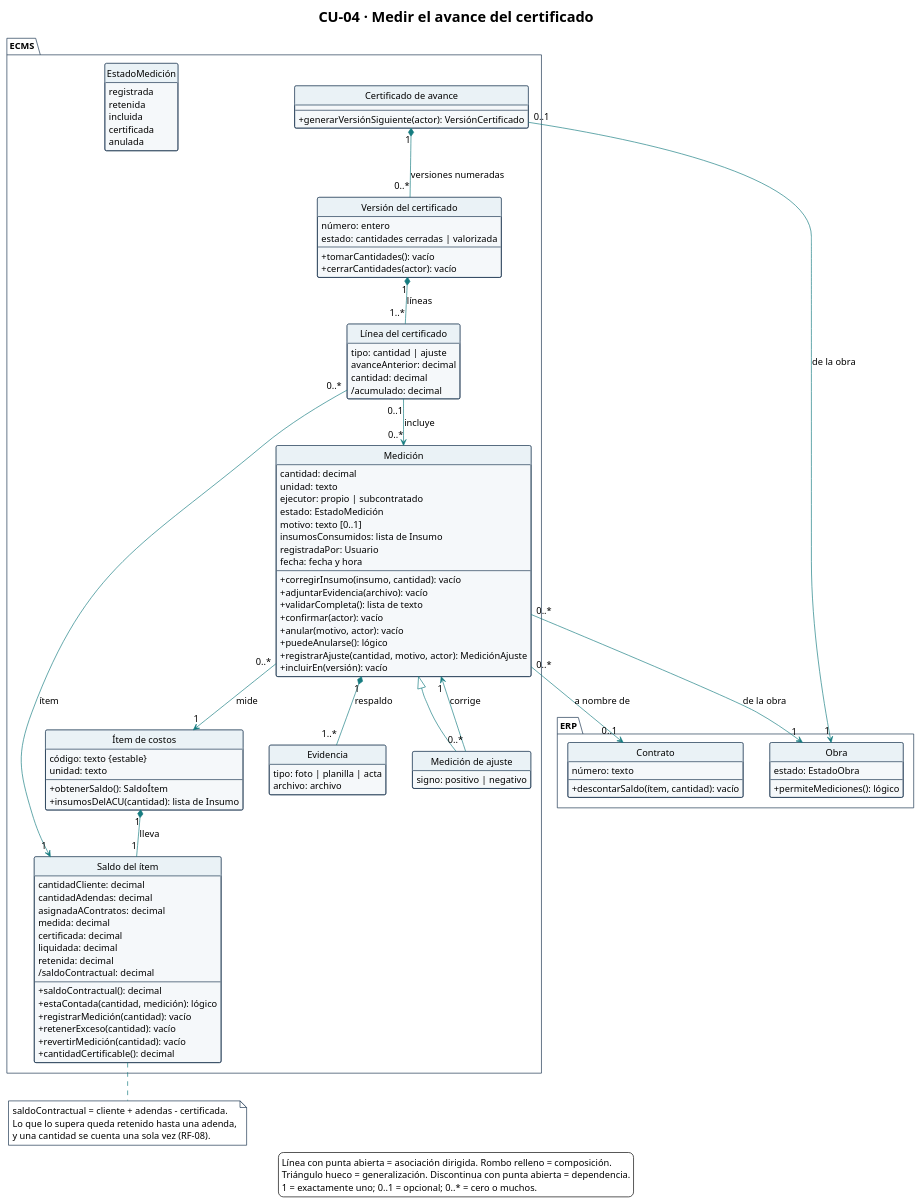
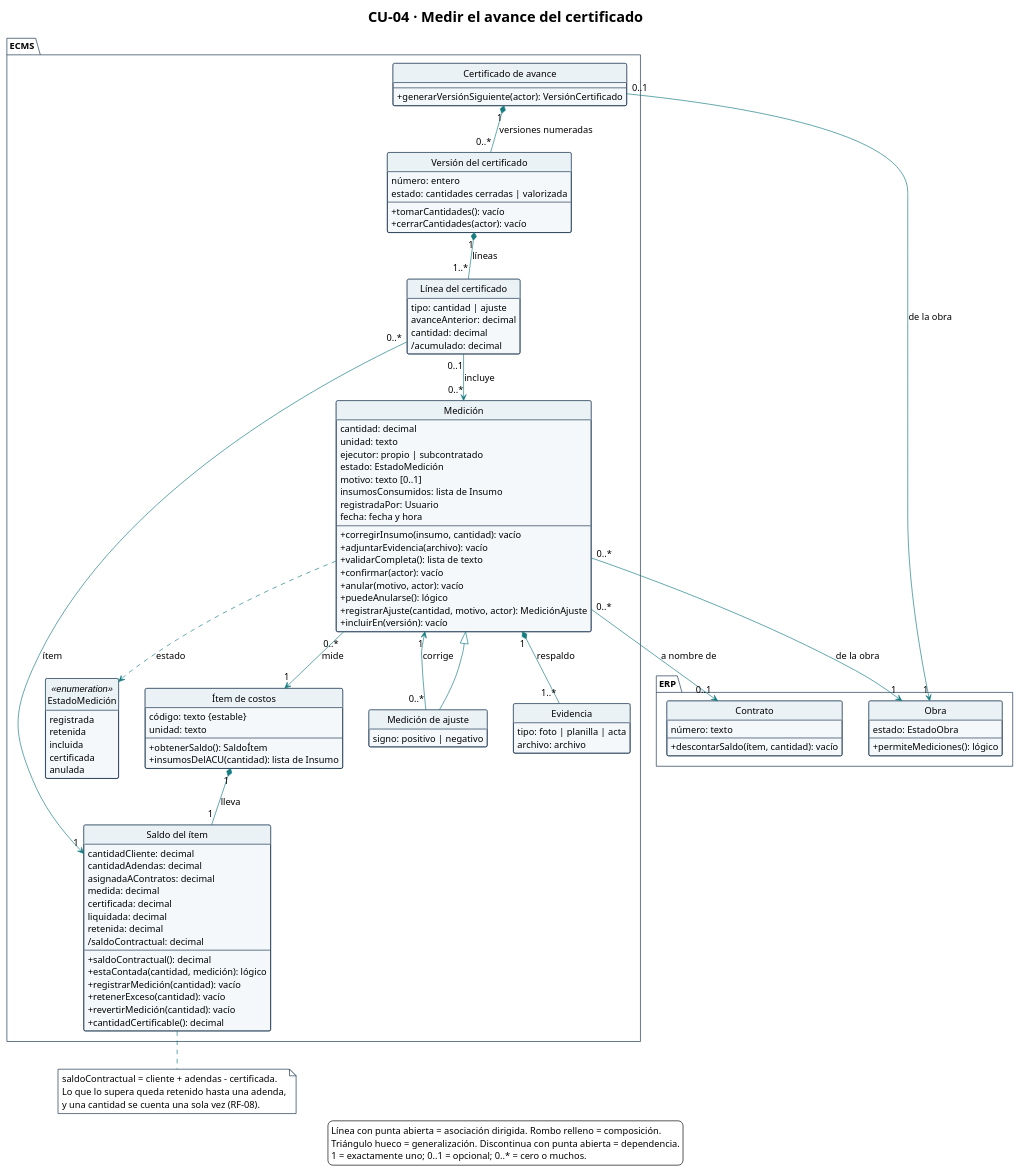
Before and after one commit to Ssrrb/tpf-uca: the diagram in diagramas/CU-04-clases.puml, drawn with PlantUML. The commit also changed 5 other files, not shown here.

```diff
--- a/diagramas/CU-04-clases.puml
+++ b/diagramas/CU-04-clases.puml
@@ -1,152 +1,153 @@
 @startuml
 !theme plain
 skinparam style strictuml
 title CU-04 · Medir el avance del certificado
 hide circle
 hide empty methods
 hide empty fields
 skinparam shadowing false
 skinparam classAttributeIconSize 0
 skinparam defaultFontName Arial
 skinparam defaultFontSize 14
 skinparam nodesep 40
 skinparam ranksep 50
 skinparam ArrowColor #167C80
 skinparam class {
   BackgroundColor #F5F8FA
   BorderColor #17324D
   HeaderBackgroundColor #EAF2F6
 }
 skinparam package {
   BackgroundColor #FFFFFF
   BorderColor #17324D
 }
 skinparam note {
   BackgroundColor #FFFFFF
   BorderColor #17324D
 }
 package "ECMS" {
   class "Ítem de costos" as ItemCostos {
     código: texto {estable}
     unidad: texto
     --
     + obtenerSaldo(): SaldoÍtem
     + insumosDelACU(cantidad): lista de Insumo
   }
 
   class "Saldo del ítem" as SaldoItem {
     cantidadCliente: decimal
     cantidadAdendas: decimal
     asignadaAContratos: decimal
     medida: decimal
     certificada: decimal
     liquidada: decimal
     retenida: decimal
     /saldoContractual: decimal
     --
     + saldoContractual(): decimal
     + estaContada(cantidad, medición): lógico
     + registrarMedición(cantidad): vacío
     + retenerExceso(cantidad): vacío
     + revertirMedición(cantidad): vacío
     + cantidadCertificable(): decimal
   }
 
   class "Medición" as Medicion {
     cantidad: decimal
     unidad: texto
     ejecutor: propio | subcontratado
     estado: EstadoMedición
     motivo: texto [0..1]
     insumosConsumidos: lista de Insumo
     registradaPor: Usuario
     fecha: fecha y hora
     --
     + corregirInsumo(insumo, cantidad): vacío
     + adjuntarEvidencia(archivo): vacío
     + validarCompleta(): lista de texto
     + confirmar(actor): vacío
     + anular(motivo, actor): vacío
     + puedeAnularse(): lógico
     + registrarAjuste(cantidad, motivo, actor): MediciónAjuste
     + incluirEn(versión): vacío
   }
 
   class "Medición de ajuste" as MedicionAjuste {
     signo: positivo | negativo
   }
 
   class Evidencia {
     tipo: foto | planilla | acta
     archivo: archivo
   }
 
   class "Certificado de avance" as Certificado {
     --
     + generarVersiónSiguiente(actor): VersiónCertificado
   }
 
   class "Versión del certificado" as VersionCertificado {
     número: entero
     estado: cantidades cerradas | valorizada
     --
     + tomarCantidades(): vacío
     + cerrarCantidades(actor): vacío
   }
 
   class "Línea del certificado" as LineaCertificado {
     tipo: cantidad | ajuste
     avanceAnterior: decimal
     cantidad: decimal
     /acumulado: decimal
   }
 
-  enum EstadoMedición {
+  enum EstadoMedición <<enumeration>> {
     registrada
     retenida
     incluida
     certificada
     anulada
   }
 }
 
 package "ERP" {
   class Obra {
     estado: EstadoObra
     --
     + permiteMediciones(): lógico
   }
 
   class Contrato {
     número: texto
     --
     + descontarSaldo(ítem, cantidad): vacío
   }
 
 }
 
 ItemCostos "1" *-- "1" SaldoItem : lleva
 Medicion "0..*" --> "1" ItemCostos : mide
 Medicion "0..*" --> "1" Obra : de la obra
 Medicion "0..*" --> "0..1" Contrato : a nombre de
 Medicion "1" *-- "1..*" Evidencia : respaldo
 Medicion <|-- MedicionAjuste
 MedicionAjuste "0..*" --> "1" Medicion : corrige
 Certificado "0..1" --> "1" Obra : de la obra
 Certificado "1" *-- "0..*" VersionCertificado : versiones numeradas
 VersionCertificado "1" *-- "1..*" LineaCertificado : líneas
 LineaCertificado "0..1" --> "0..*" Medicion : incluye
 LineaCertificado "0..*" --> "1" SaldoItem : ítem
 
+Medicion ..> EstadoMedición : estado
 note bottom of SaldoItem
   saldoContractual = cliente + adendas - certificada.
   Lo que lo supera queda retenido hasta una adenda,
   y una cantidad se cuenta una sola vez (RF-08).
 end note
 
 legend bottom
   Línea con punta abierta = asociación dirigida. Rombo relleno = composición.
   Triángulo hueco = generalización. Discontinua con punta abierta = dependencia.
   1 = exactamente uno; 0..1 = opcional; 0..* = cero o muchos.
 endlegend
 @enduml
```
